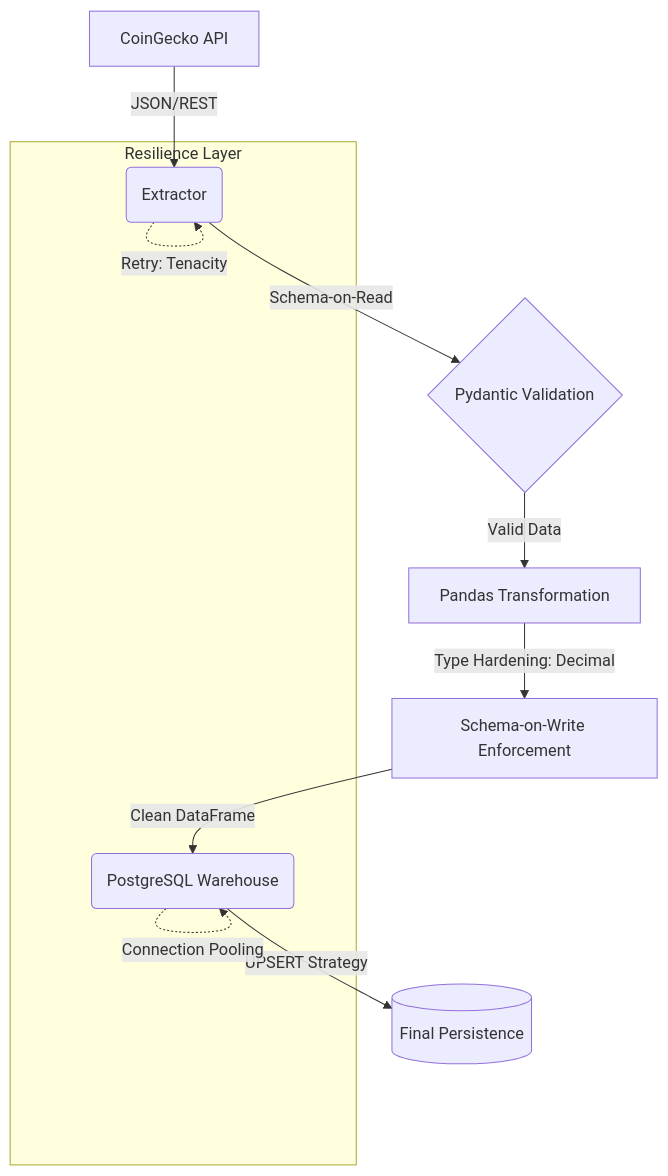
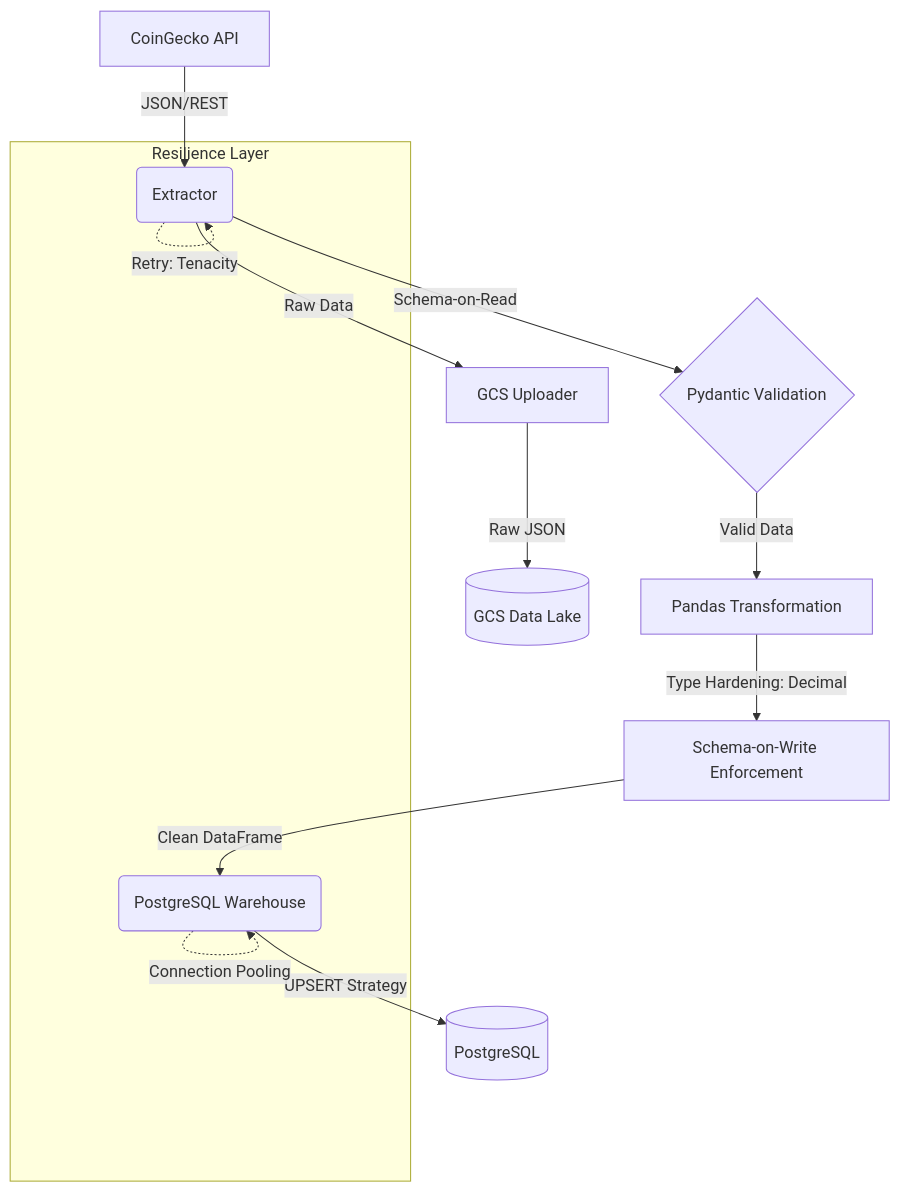
Before and after one commit to jose-cortes-ramos/de-crypto-pipeline: the diagram in README.md, drawn with Mermaid. The commit also changed other lines of this file, not shown here.

Commit message:
docs: finalize README with correct architecture diagram and clean professional style

````diff
--- a/README.md
+++ b/README.md
@@ -13,15 +10,17 @@
 ```mermaid
 graph TD
     A[CoinGecko API] -->|JSON/REST| B(Extractor)
+    B -->|Raw Data| H[GCS Uploader]
+    H -->|Raw JSON| I[(GCS Data Lake)]
     B -->|Schema-on-Read| C{Pydantic Validation}
     C -->|Valid Data| D[Pandas Transformation]
     D -->|Type Hardening: Decimal| E[Schema-on-Write Enforcement]
     E -->|Clean DataFrame| F(PostgreSQL Warehouse)
-    F -->|UPSERT Strategy| G[(Final Persistence)]
+    F -->|UPSERT Strategy| G[(PostgreSQL)]
 
-    subgraph "Resilience Layer"
+    subgraph Resilience Layer
         B -.->|Retry: Tenacity| B
         F -.->|Atomic Transactions| F
         F -.->|Connection Pooling| F
     end
 ```
````
